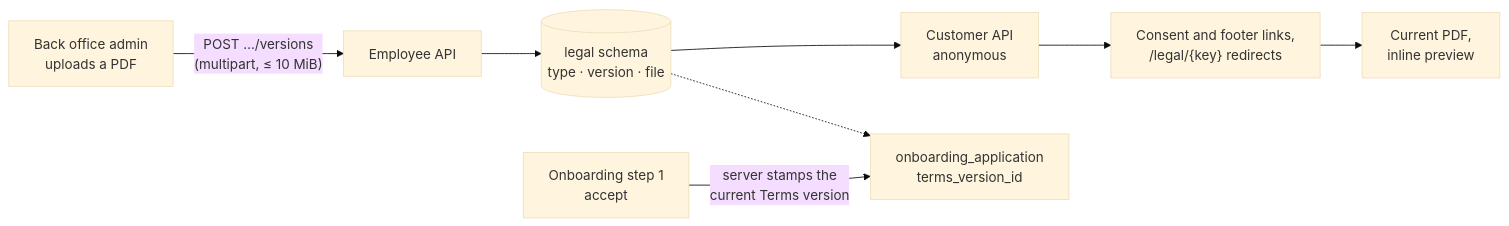
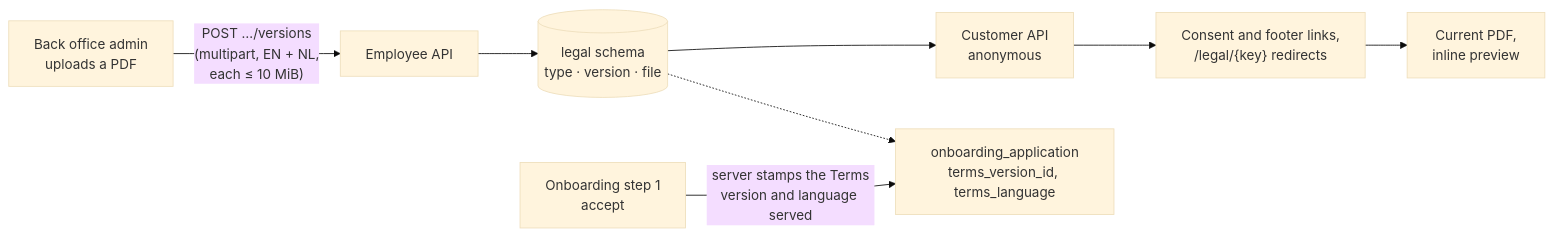
Before and after one commit to lukastosic-ifd/peakpowerspecs: the diagram in specs/10-features/F16-legal-documents.md, drawn with Mermaid (base theme). The commit also changed other lines of this file, not shown here.

````diff
--- a/specs/10-features/F16-legal-documents.md
+++ b/specs/10-features/F16-legal-documents.md
@@ -27,10 +29,10 @@
 ```mermaid
 flowchart LR
-    ADM["Back office admin<br/>uploads a PDF"] -->|"POST …/versions<br/>(multipart, ≤ 10 MiB)"| EMP["Employee API"]
+    ADM["Back office admin<br/>uploads a PDF"] -->|"POST …/versions<br/>(multipart, EN + NL,<br/>each ≤ 10 MiB)"| EMP["Employee API"]
     EMP --> DB[("legal schema<br/>type · version · file")]
     DB --> CUS["Customer API<br/>anonymous"]
     CUS --> LNK["Consent and footer links,<br/>/legal/{key} redirects"]
     LNK --> PDF["Current PDF,<br/>inline preview"]
-    ONB["Onboarding step 1<br/>accept"] -->|"server stamps the<br/>current Terms version"| APP["onboarding_application<br/>terms_version_id"]
+    ONB["Onboarding step 1<br/>accept"] -->|"server stamps the Terms<br/>version and language served"| APP["onboarding_application<br/>terms_version_id, terms_language"]
     DB -.-> APP
 ```
````
